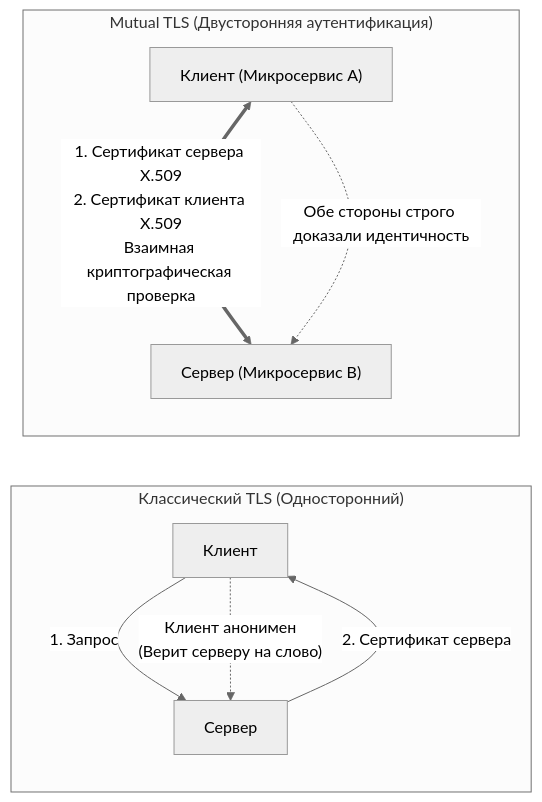
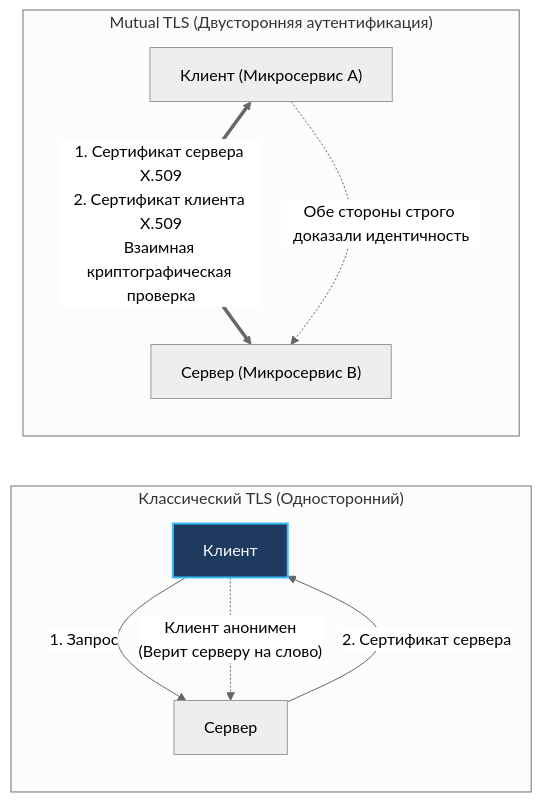
The first of 3 diagrams in sources/14. Распределенные системы на Go/06. Сеть/3. mTLS.md (UnrealTemplier/go-textbook), drawn with Mermaid (neutral theme) before and after one commit. The commit also changed other lines of this file and 1666 other files, not shown here.

First line of the commit message:
feat(mermaid): add semantic color classDef to 1369 colorless flowchart/graph diagrams

````diff
--- a/sources/14. Распределенные системы на Go/06. Сеть/3. mTLS.md
+++ b/sources/14. Распределенные системы на Go/06. Сеть/3. mTLS.md
@@ -11,15 +11,25 @@
 ```mermaid
 flowchart LR
+    classDef process  fill:#1e293b,stroke:#38bdf8,stroke-width:1px,color:#f8fafc
+    classDef success  fill:#064e3b,stroke:#34d399,stroke-width:1px,color:#f8fafc
+    classDef error    fill:#7f1d1d,stroke:#f87171,stroke-width:1px,color:#f8fafc
+    classDef warning  fill:#78350f,stroke:#fbbf24,stroke-width:1px,color:#f8fafc
+    classDef entry    fill:#1e3a5f,stroke:#38bdf8,stroke-width:2px,color:#f8fafc
+    classDef aux      fill:#334155,stroke:#64748b,stroke-width:1px,color:#f8fafc
+    classDef system   fill:#312e81,stroke:#a78bfa,stroke-width:1px,color:#f8fafc
+    classDef data     fill:#132d29,stroke:#2dd4bf,stroke-width:1px,color:#f8fafc
+    classDef network  fill:#881337,stroke:#fb7185,stroke-width:1px,color:#f8fafc
+    classDef accent   fill:#1e1b4b,stroke:#818cf8,stroke-width:1px,color:#f8fafc
     subgraph Traditional["Классический TLS (Односторонний)"]
         direction TB
-        C1["Клиент"] -->|"1. Запрос"| S1["Сервер"]
+        C1["Клиент"]:::entry -->|"1. Запрос"| S1["Сервер"]
         S1 -->|"2. Сертификат сервера"| C1
         C1 -.->|"Клиент анонимен<br/>(Верит серверу на слово)"| S1
     end
 
     subgraph MutualTLS["Mutual TLS (Двусторонняя аутентификация)"]
         direction TB
         C2["Клиент (Микросервис A)"] <==>|"1. Сертификат сервера X.509<br/>2. Сертификат клиента X.509<br/>Взаимная криптографическая проверка"| S2["Сервер (Микросервис B)"]
         C2 -.->|"Обе стороны строго доказали идентичность"| S2
     end
 ```
````
